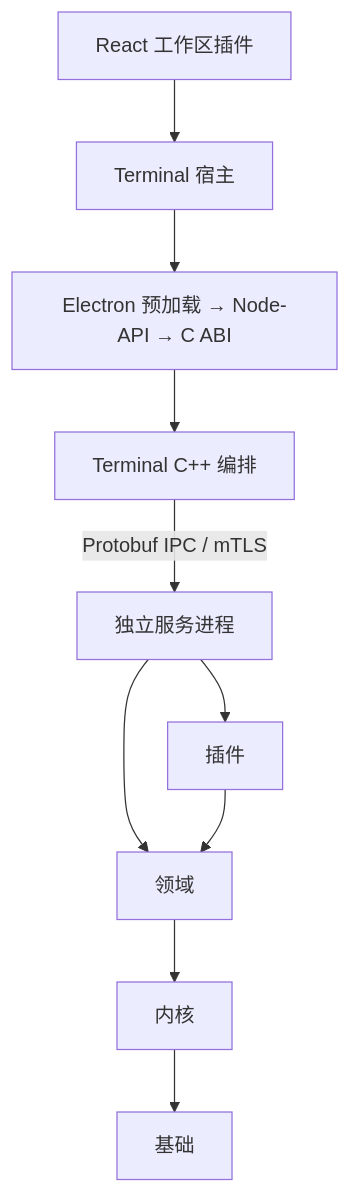
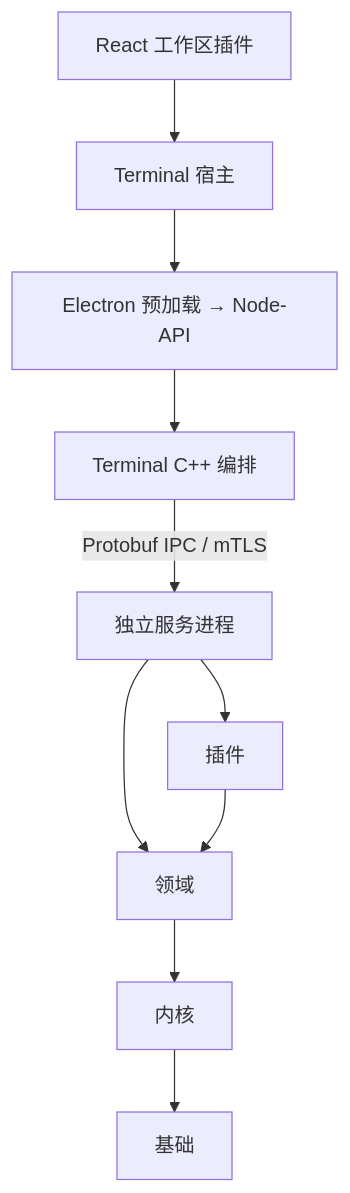
The first of 2 diagrams in docs/architecture.md (isqiwen/asterion-terminal), drawn with Mermaid before and after one commit. The commit also changed other lines of this file and 485 other files, not shown here.

````diff
--- a/docs/architecture.md
+++ b/docs/architecture.md
@@ -9,12 +8,12 @@
 ```mermaid
 flowchart TB
   UI[React 工作区插件] --> Host[Terminal 宿主]
-  Host --> Bridge[Electron 预加载 → Node-API → C ABI]
+  Host --> Bridge[Electron 预加载 → Node-API]
   Bridge --> App[Terminal C++ 编排]
   App -->|Protobuf IPC / mTLS| Services[独立服务进程]
   Services --> Plugins[插件]
   Services --> Domain[领域]
   Plugins --> Domain
   Domain --> Kernel[内核]
   Kernel --> Foundation[基础]
 ```
````
